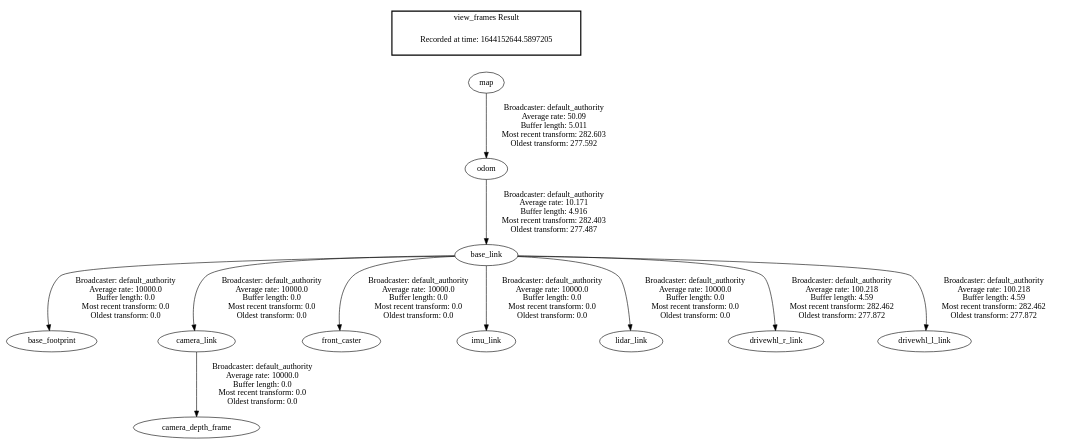
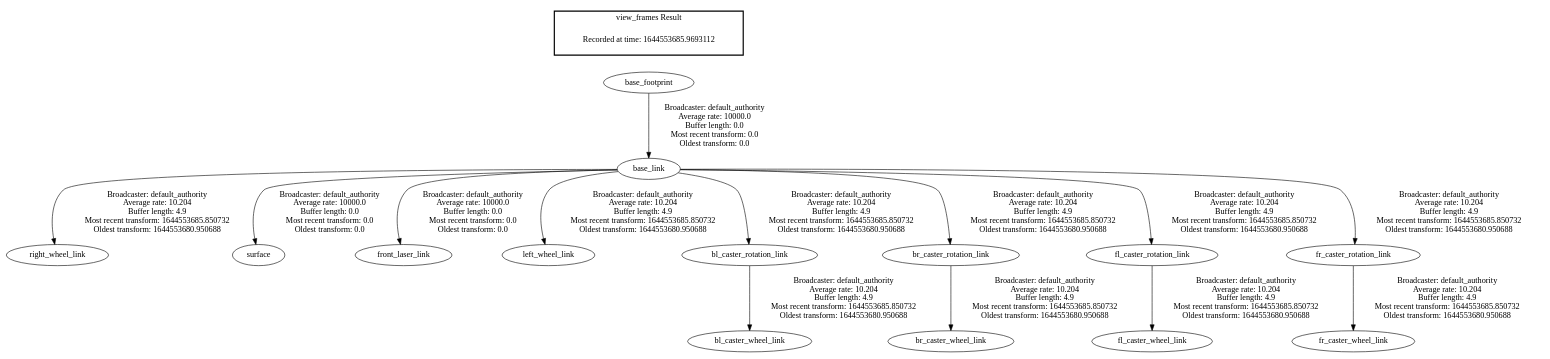
One commit to mpheng666/nav2_playground changed the diagram in debug/frames.gv. Above: the diagram before and after it, drawn with Graphviz. The commit also changed 24 other files, not shown here.

```diff
--- a/debug/frames.gv
+++ b/debug/frames.gv
@@ -1,16 +1,19 @@
 digraph G {
-"map" -> "odom"[label=" Broadcaster: default_authority\nAverage rate: 50.09\nBuffer length: 5.011\nMost recent transform: 282.603\nOldest transform: 277.592\n"];
-"base_link" -> "base_footprint"[label=" Broadcaster: default_authority\nAverage rate: 10000.0\nBuffer length: 0.0\nMost recent transform: 0.0\nOldest transform: 0.0\n"];
-"odom" -> "base_link"[label=" Broadcaster: default_authority\nAverage rate: 10.171\nBuffer length: 4.916\nMost recent transform: 282.403\nOldest transform: 277.487\n"];
-"camera_link" -> "camera_depth_frame"[label=" Broadcaster: default_authority\nAverage rate: 10000.0\nBuffer length: 0.0\nMost recent transform: 0.0\nOldest transform: 0.0\n"];
-"base_link" -> "camera_link"[label=" Broadcaster: default_authority\nAverage rate: 10000.0\nBuffer length: 0.0\nMost recent transform: 0.0\nOldest transform: 0.0\n"];
-"base_link" -> "front_caster"[label=" Broadcaster: default_authority\nAverage rate: 10000.0\nBuffer length: 0.0\nMost recent transform: 0.0\nOldest transform: 0.0\n"];
-"base_link" -> "imu_link"[label=" Broadcaster: default_authority\nAverage rate: 10000.0\nBuffer length: 0.0\nMost recent transform: 0.0\nOldest transform: 0.0\n"];
-"base_link" -> "lidar_link"[label=" Broadcaster: default_authority\nAverage rate: 10000.0\nBuffer length: 0.0\nMost recent transform: 0.0\nOldest transform: 0.0\n"];
-"base_link" -> "drivewhl_r_link"[label=" Broadcaster: default_authority\nAverage rate: 100.218\nBuffer length: 4.59\nMost recent transform: 282.462\nOldest transform: 277.872\n"];
-"base_link" -> "drivewhl_l_link"[label=" Broadcaster: default_authority\nAverage rate: 100.218\nBuffer length: 4.59\nMost recent transform: 282.462\nOldest transform: 277.872\n"];
+"base_link" -> "right_wheel_link"[label=" Broadcaster: default_authority\nAverage rate: 10.204\nBuffer length: 4.9\nMost recent transform: 1644553685.850732\nOldest transform: 1644553680.950688\n"];
+"base_footprint" -> "base_link"[label=" Broadcaster: default_authority\nAverage rate: 10000.0\nBuffer length: 0.0\nMost recent transform: 0.0\nOldest transform: 0.0\n"];
+"base_link" -> "surface"[label=" Broadcaster: default_authority\nAverage rate: 10000.0\nBuffer length: 0.0\nMost recent transform: 0.0\nOldest transform: 0.0\n"];
+"base_link" -> "front_laser_link"[label=" Broadcaster: default_authority\nAverage rate: 10000.0\nBuffer length: 0.0\nMost recent transform: 0.0\nOldest transform: 0.0\n"];
+"base_link" -> "left_wheel_link"[label=" Broadcaster: default_authority\nAverage rate: 10.204\nBuffer length: 4.9\nMost recent transform: 1644553685.850732\nOldest transform: 1644553680.950688\n"];
+"base_link" -> "bl_caster_rotation_link"[label=" Broadcaster: default_authority\nAverage rate: 10.204\nBuffer length: 4.9\nMost recent transform: 1644553685.850732\nOldest transform: 1644553680.950688\n"];
+"bl_caster_rotation_link" -> "bl_caster_wheel_link"[label=" Broadcaster: default_authority\nAverage rate: 10.204\nBuffer length: 4.9\nMost recent transform: 1644553685.850732\nOldest transform: 1644553680.950688\n"];
+"base_link" -> "br_caster_rotation_link"[label=" Broadcaster: default_authority\nAverage rate: 10.204\nBuffer length: 4.9\nMost recent transform: 1644553685.850732\nOldest transform: 1644553680.950688\n"];
+"br_caster_rotation_link" -> "br_caster_wheel_link"[label=" Broadcaster: default_authority\nAverage rate: 10.204\nBuffer length: 4.9\nMost recent transform: 1644553685.850732\nOldest transform: 1644553680.950688\n"];
+"base_link" -> "fl_caster_rotation_link"[label=" Broadcaster: default_authority\nAverage rate: 10.204\nBuffer length: 4.9\nMost recent transform: 1644553685.850732\nOldest transform: 1644553680.950688\n"];
+"fl_caster_rotation_link" -> "fl_caster_wheel_link"[label=" Broadcaster: default_authority\nAverage rate: 10.204\nBuffer length: 4.9\nMost recent transform: 1644553685.850732\nOldest transform: 1644553680.950688\n"];
+"base_link" -> "fr_caster_rotation_link"[label=" Broadcaster: default_authority\nAverage rate: 10.204\nBuffer length: 4.9\nMost recent transform: 1644553685.850732\nOldest transform: 1644553680.950688\n"];
+"fr_caster_rotation_link" -> "fr_caster_wheel_link"[label=" Broadcaster: default_authority\nAverage rate: 10.204\nBuffer length: 4.9\nMost recent transform: 1644553685.850732\nOldest transform: 1644553680.950688\n"];
 edge [style=invis];
  subgraph cluster_legend { style=bold; color=black; label ="view_frames Result";
-"Recorded at time: 1644152644.5897205"[ shape=plaintext ] ;
-}->"map";
+"Recorded at time: 1644553685.9693112"[ shape=plaintext ] ;
+}->"base_footprint";
 }
```
